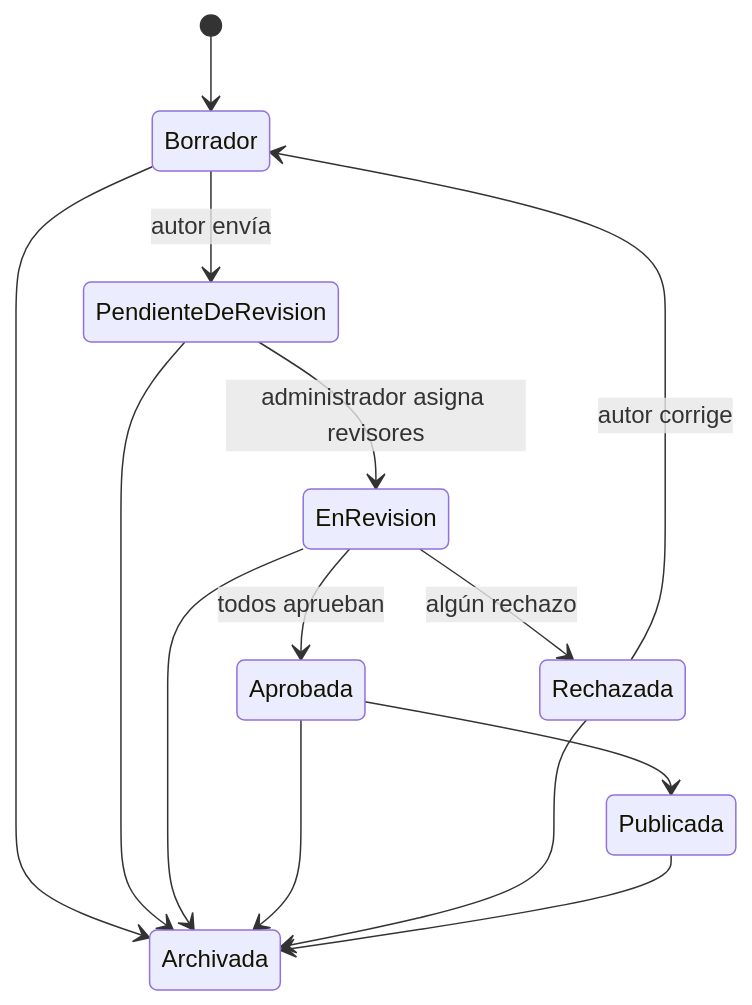
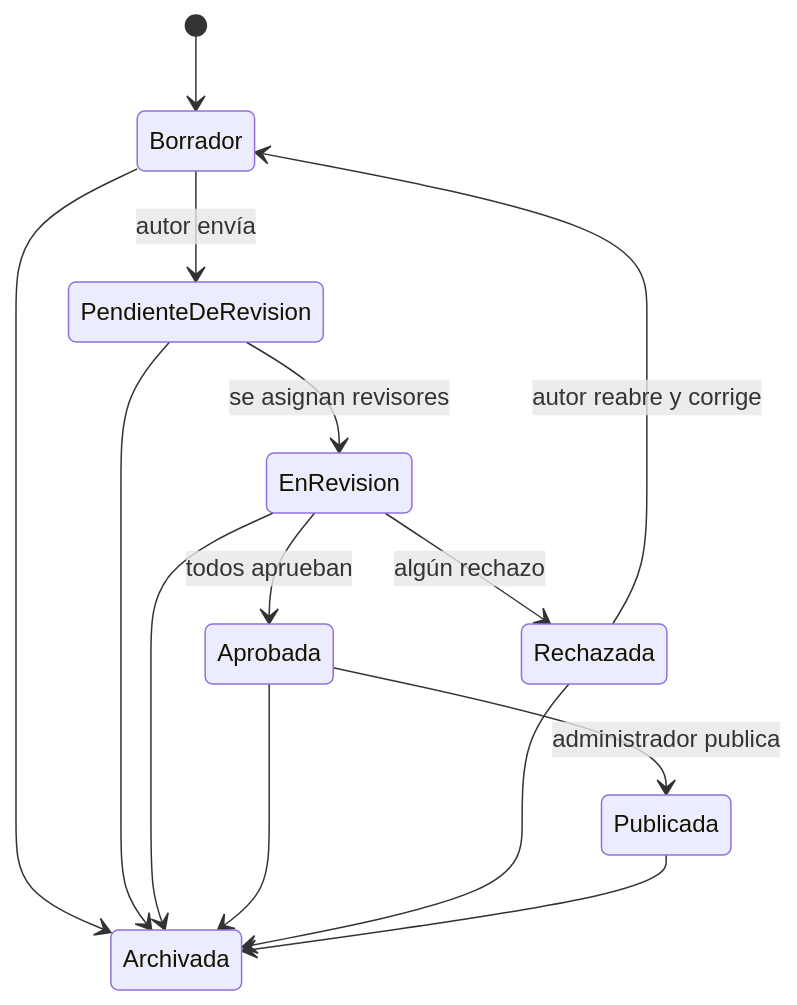
Before and after one commit to DVLASZ/banco-preguntas-saberpro: the tenth of 27 diagrams in docs/corte-2/03-arquitectura-c4-uml.md, drawn with Mermaid. The commit also changed other lines of this file and 83 other files, not shown here.

Commit message:
Documentación de la arquitectura de 14 servicios: historias, contextos y eventos, C4, patrones y prototipos, con todos los diagramas

````diff
--- a/docs/corte-2/03-arquitectura-c4-uml.md
+++ b/docs/corte-2/03-arquitectura-c4-uml.md
@@ -168,16 +365,16 @@
 ```mermaid
 stateDiagram-v2
   [*] --> Borrador
   Borrador --> PendienteDeRevision: autor envía
-  PendienteDeRevision --> EnRevision: administrador asigna revisores
+  PendienteDeRevision --> EnRevision: se asignan revisores
   EnRevision --> Aprobada: todos aprueban
   EnRevision --> Rechazada: algún rechazo
-  Rechazada --> Borrador: autor corrige
-  Aprobada --> Publicada
+  Rechazada --> Borrador: autor reabre y corrige
+  Aprobada --> Publicada: administrador publica
   Borrador --> Archivada
   PendienteDeRevision --> Archivada
   EnRevision --> Archivada
   Aprobada --> Archivada
   Rechazada --> Archivada
   Publicada --> Archivada
 ```
````
